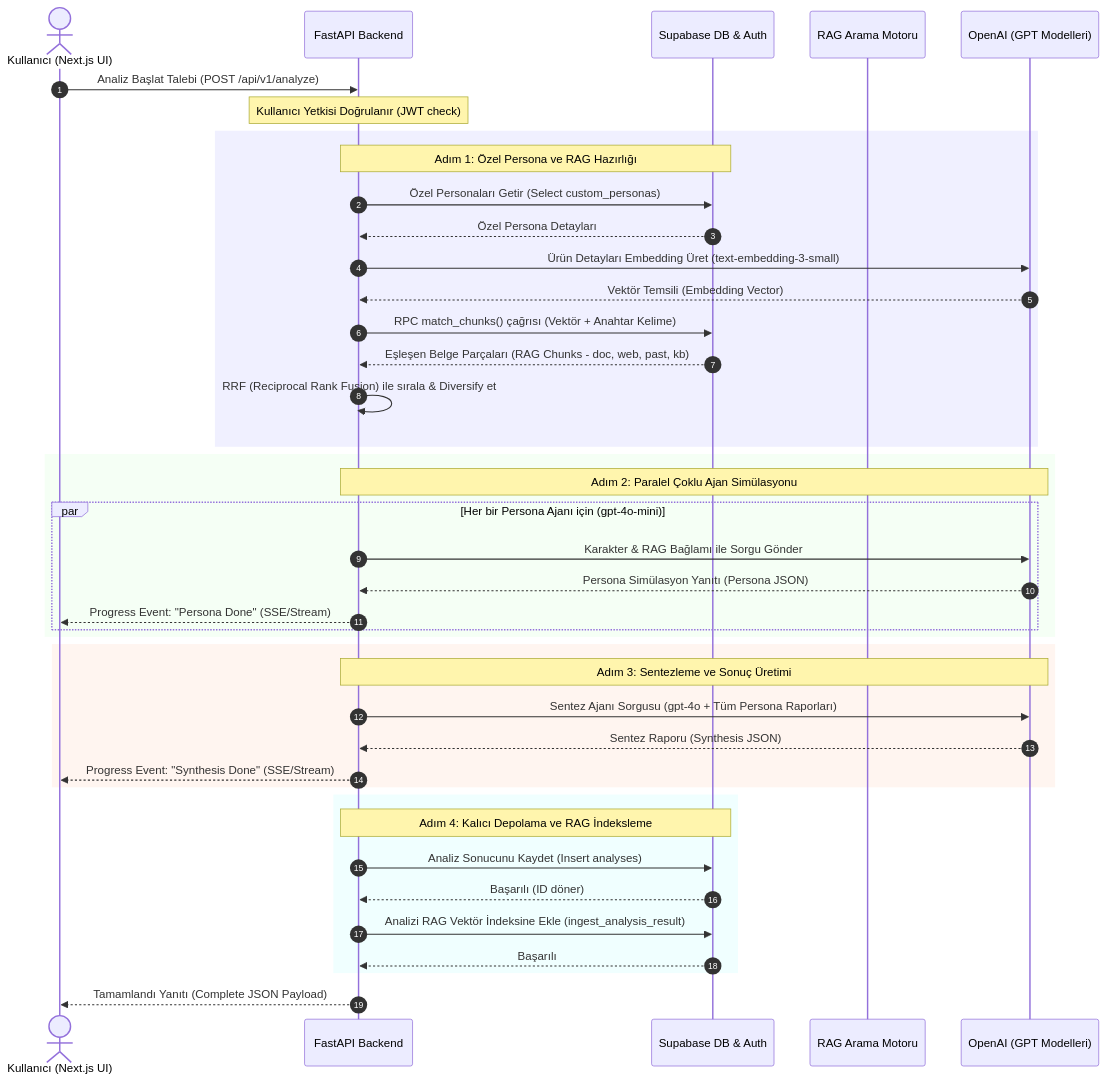
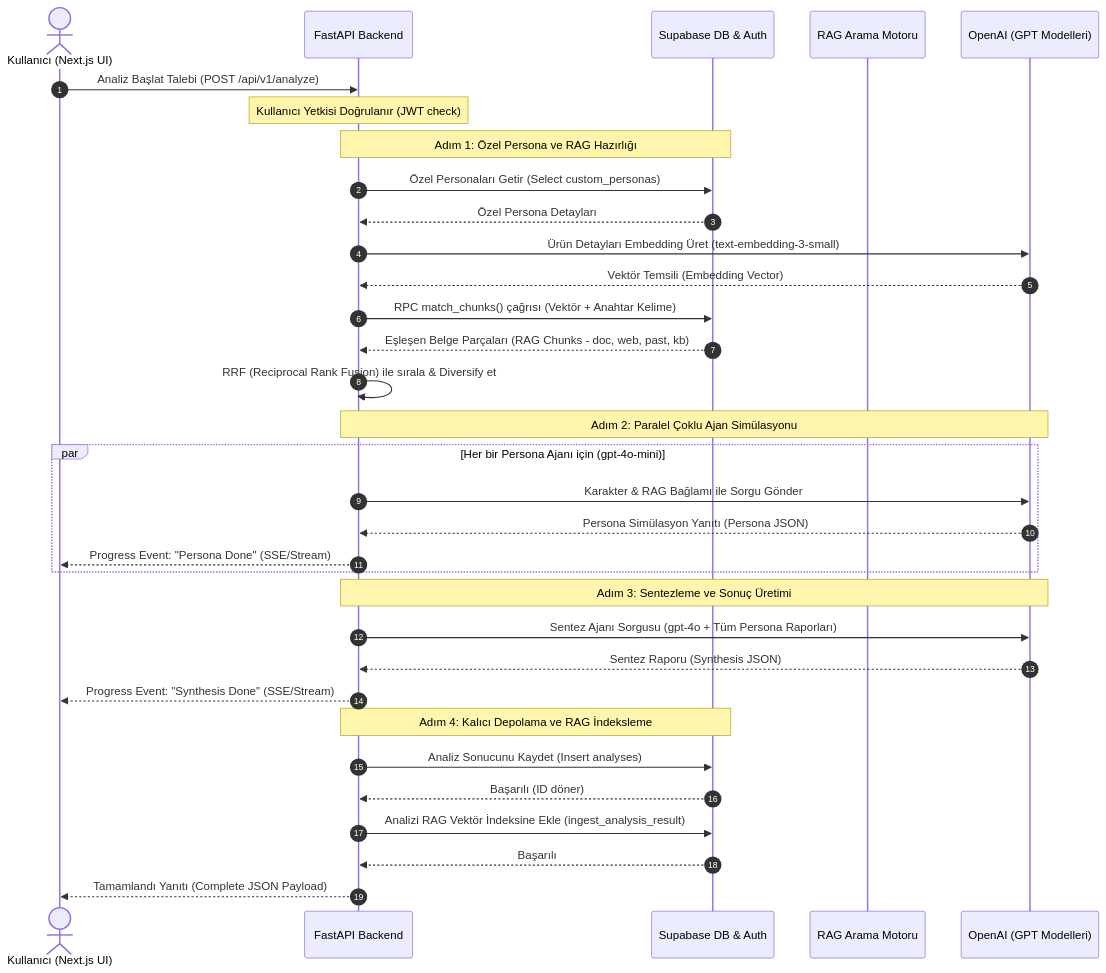
Before and after one commit to mexmettat/FirstClick: the diagram in README.md, drawn with Mermaid. The commit also changed other lines of this file, not shown here.

Commit message:
docs: update README with sprint 3 results and agent orchestration diagram

````diff
--- a/README.md
+++ b/README.md
@@ -302,51 +302,43 @@
 ```mermaid
 sequenceDiagram
     autonumber
     actor User as Kullanıcı (Next.js UI)
     participant API as FastAPI Backend
     participant DB as Supabase DB & Auth
     participant RAG as RAG Arama Motoru
     participant LLM as OpenAI (GPT Modelleri)
 
     User->>API: Analiz Başlat Talebi (POST /api/v1/analyze)
     Note over API: Kullanıcı Yetkisi Doğrulanır (JWT check)
     
-    rect rgb(240, 240, 255)
-        Note over API, DB: Adım 1: Özel Persona ve RAG Hazırlığı
-        API->>DB: Özel Personaları Getir (Select custom_personas)
-        DB-->>API: Özel Persona Detayları
-        
-        API->>LLM: Ürün Detayları Embedding Üret (text-embedding-3-small)
-        LLM-->>API: Vektör Temsili (Embedding Vector)
-        
-        API->>DB: RPC match_chunks() çağrısı (Vektör + Anahtar Kelime)
-        DB-->>API: Eşleşen Belge Parçaları (RAG Chunks - doc, web, past, kb)
-        API->>API: RRF (Reciprocal Rank Fusion) ile sırala & Diversify et
+    Note over API, DB: Adım 1: Özel Persona ve RAG Hazırlığı
+    API->>DB: Özel Personaları Getir (Select custom_personas)
+    DB-->>API: Özel Persona Detayları
+    
+    API->>LLM: Ürün Detayları Embedding Üret (text-embedding-3-small)
+    LLM-->>API: Vektör Temsili (Embedding Vector)
+    
+    API->>DB: RPC match_chunks() çağrısı (Vektör + Anahtar Kelime)
+    DB-->>API: Eşleşen Belge Parçaları (RAG Chunks - doc, web, past, kb)
+    API->>API: RRF (Reciprocal Rank Fusion) ile sırala & Diversify et
+
+    Note over API, LLM: Adım 2: Paralel Çoklu Ajan Simülasyonu
+    par Her bir Persona Ajanı için (gpt-4o-mini)
+        API->>LLM: Karakter & RAG Bağlamı ile Sorgu Gönder
+        LLM-->>API: Persona Simülasyon Yanıtı (Persona JSON)
+        API-->>User: Progress Event: "Persona Done" (SSE/Stream)
     end
 
-    rect rgb(245, 255, 245)
-        Note over API, LLM: Adım 2: Paralel Çoklu Ajan Simülasyonu
-        par Her bir Persona Ajanı için (gpt-4o-mini)
-            API->>LLM: Karakter & RAG Bağlamı ile Sorgu Gönder
-            LLM-->>API: Persona Simülasyon Yanıtı (Persona JSON)
-            API-->>User: Progress Event: "Persona Done" (SSE/Stream)
-        end
-    end
+    Note over API, LLM: Adım 3: Sentezleme ve Sonuç Üretimi
+    API->>LLM: Sentez Ajanı Sorgusu (gpt-4o + Tüm Persona Raporları)
+    LLM-->>API: Sentez Raporu (Synthesis JSON)
+    API-->>User: Progress Event: "Synthesis Done" (SSE/Stream)
 
-    rect rgb(255, 245, 240)
-        Note over API, LLM: Adım 3: Sentezleme ve Sonuç Üretimi
-        API->>LLM: Sentez Ajanı Sorgusu (gpt-4o + Tüm Persona Raporları)
-        LLM-->>API: Sentez Raporu (Synthesis JSON)
-        API-->>User: Progress Event: "Synthesis Done" (SSE/Stream)
-    end
-
-    rect rgb(240, 255, 255)
-        Note over API, DB: Adım 4: Kalıcı Depolama ve RAG İndeksleme
-        API->>DB: Analiz Sonucunu Kaydet (Insert analyses)
-        DB-->>API: Başarılı (ID döner)
-        API->>DB: Analizi RAG Vektör İndeksine Ekle (ingest_analysis_result)
-        DB-->>API: Başarılı
-    end
+    Note over API, DB: Adım 4: Kalıcı Depolama ve RAG İndeksleme
+    API->>DB: Analiz Sonucunu Kaydet (Insert analyses)
+    DB-->>API: Başarılı (ID döner)
+    API->>DB: Analizi RAG Vektör İndeksine Ekle (ingest_analysis_result)
+    DB-->>API: Başarılı
 
     API-->>User: Tamamlandı Yanıtı (Complete JSON Payload)
 ```
````
